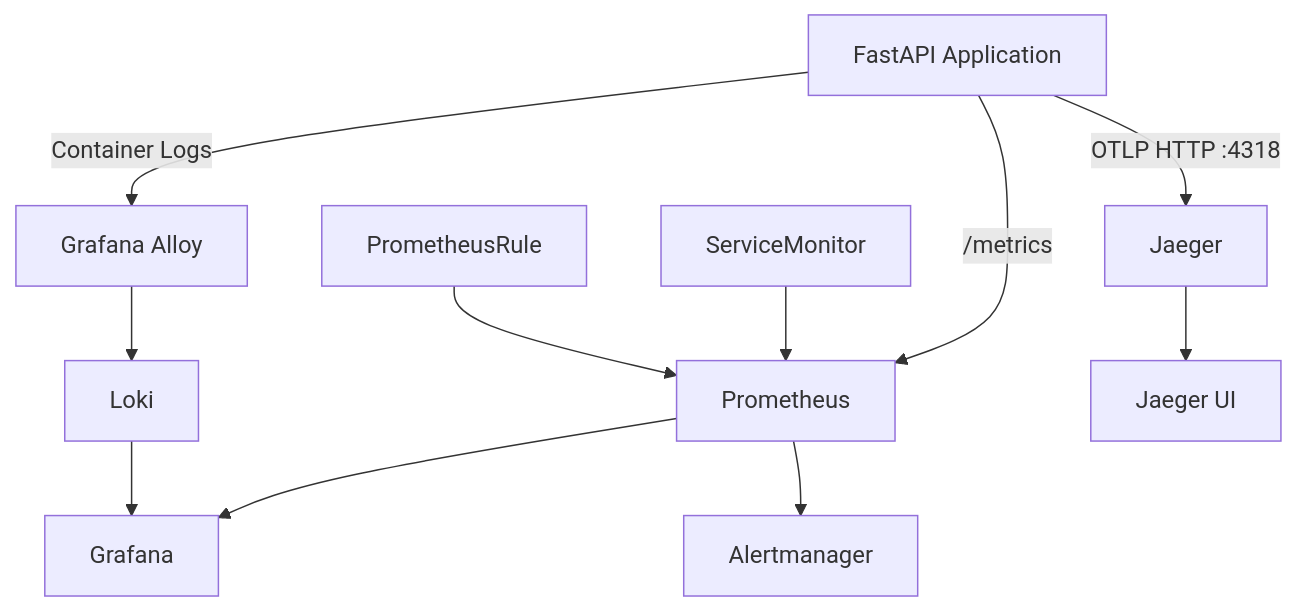
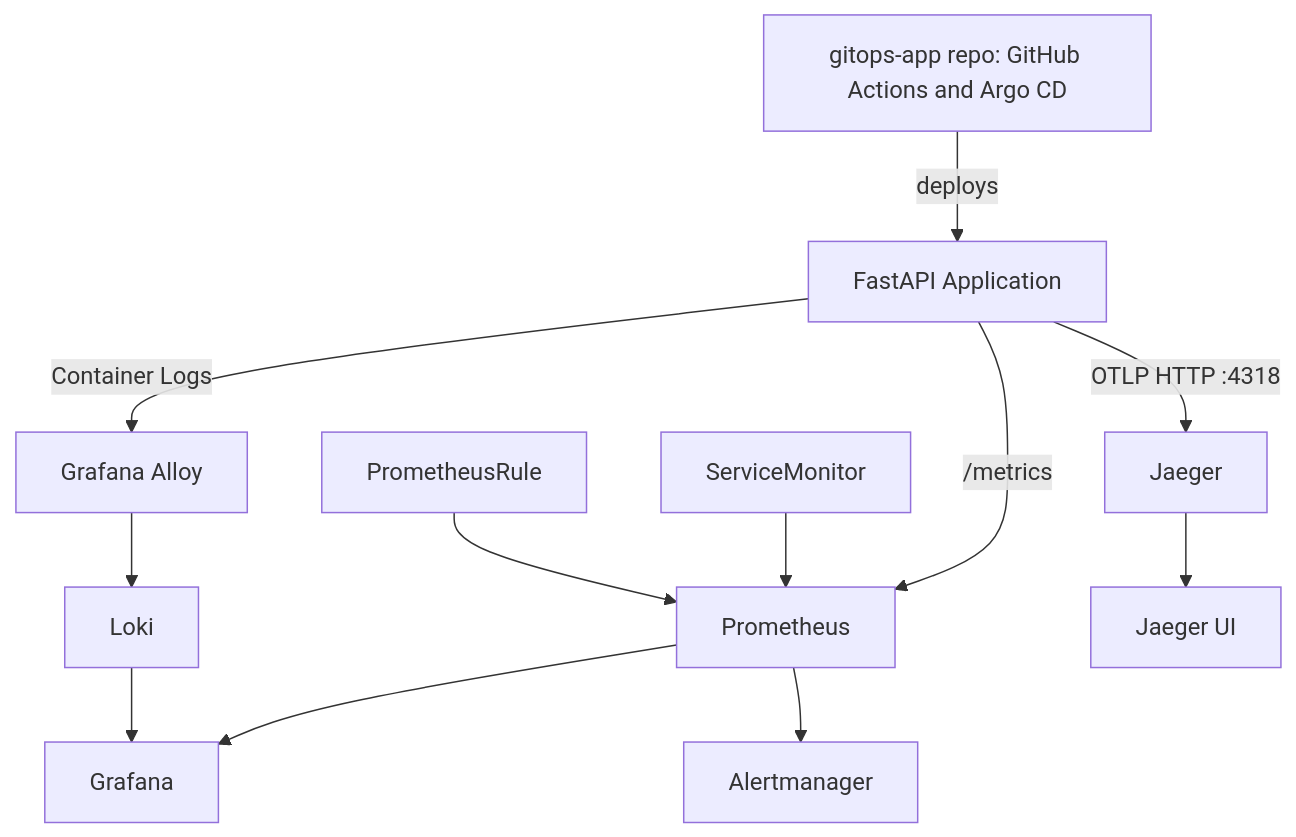
Before and after one commit to MysticBaghel/gitops-observability: the diagram in README.md, drawn with Mermaid. The commit also changed other lines of this file and 19 other files, not shown here.

````diff
--- a/README.md
+++ b/README.md
@@ -21,15 +22,16 @@
 ```mermaid
 flowchart TD
+    X[gitops-app repo: GitHub Actions and Argo CD] -->|deploys| A
     A[FastAPI Application] -->|/metrics| B[Prometheus]
     A -->|Container Logs| C[Grafana Alloy]
     A -->|OTLP HTTP :4318| D[Jaeger]
 
     B --> E[Grafana]
     C --> F[Loki]
     F --> E
     D --> G[Jaeger UI]
 
     H[ServiceMonitor] --> B
     I[PrometheusRule] --> B
     B --> J[Alertmanager]
 ```
````
